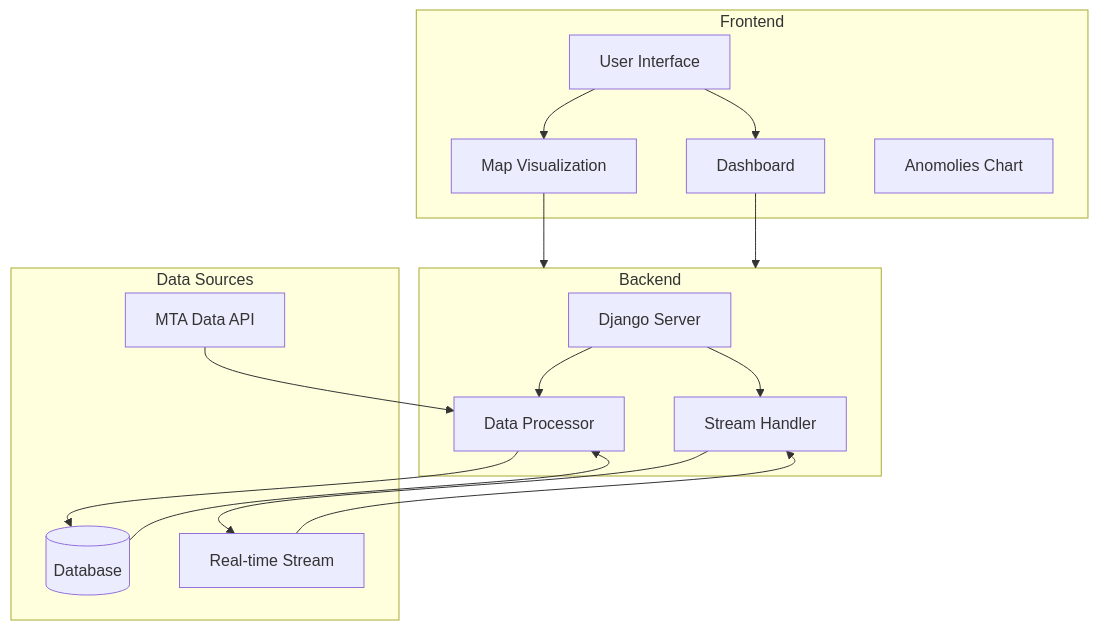
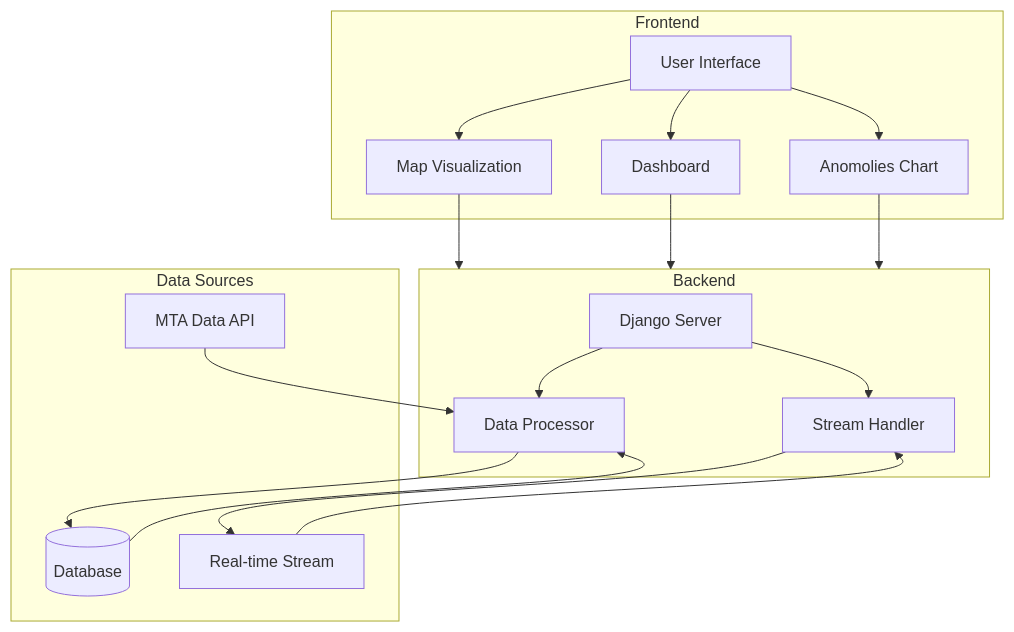
Before and after one commit to liamjdavis/Cubist-Hackathon-2025: the first of 2 diagrams in README.md, drawn with Mermaid.

Commit message:
Mermaid test

````diff
--- a/README.md
+++ b/README.md
@@ -34,38 +34,40 @@
 ```mermaid
 graph TD
     subgraph Frontend
         UI[User Interface]
         Map[Map Visualization]
         Dashboard[Dashboard]
         Chart[Anomolies Chart]
     end
 
     subgraph Backend
         Django[Django Server]
         DataProcessor[Data Processor]
         StreamHandler[Stream Handler]
     end
 
     subgraph Data Sources
         MTA[MTA Data API]
         RT[Real-time Stream]
         DB[(Database)]
     end
 
     %% Frontend connections
     UI --> Map
     UI --> Dashboard
+    UI --> Chart
     Map --> Backend
     Dashboard --> Backend
+    Chart --> Backend
 
     %% Backend connections
     Django --> DataProcessor
     Django --> StreamHandler
     DataProcessor --> DB
     StreamHandler --> RT
 
     %% Data source connections
     MTA --> DataProcessor
     RT --> StreamHandler
     DB --> DataProcessor
 ```
````
